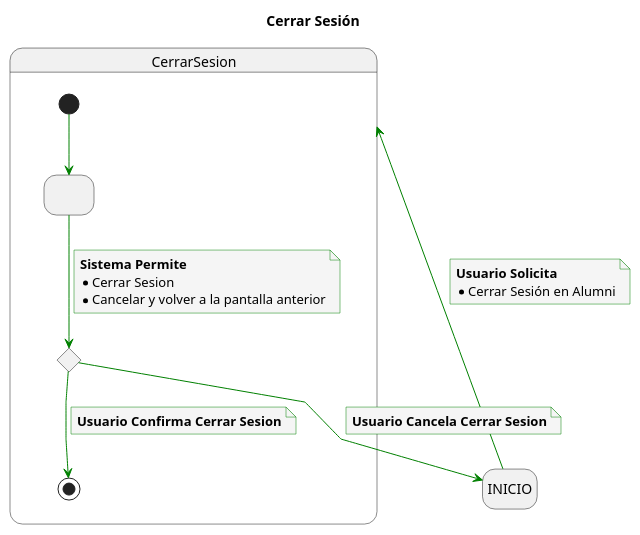
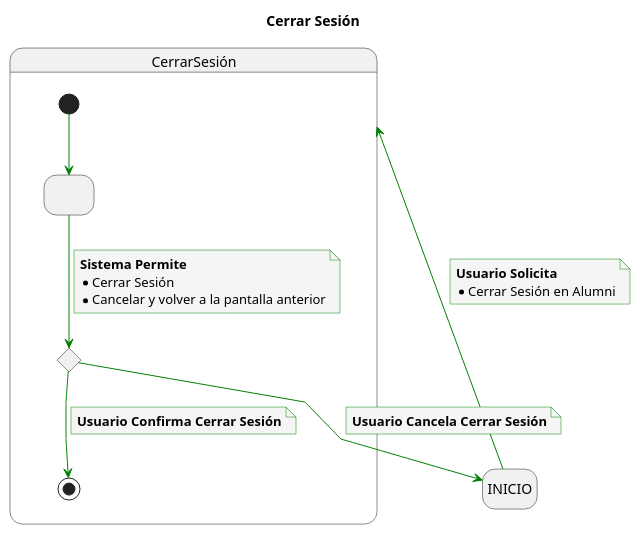
Before and after one commit to mmasias/23-24-IdSw1-SDR: the diagram in Caso_de_Uso/Casos_de_Uso/Usuarios/Cerrar_Sesion/Caso_de_Uso.puml, drawn with PlantUML. The commit also changed 7 other files, not shown here.

```diff
--- a/Caso_de_Uso/Casos_de_Uso/Usuarios/Cerrar_Sesion/Caso_de_Uso.puml
+++ b/Caso_de_Uso/Casos_de_Uso/Usuarios/Cerrar_Sesion/Caso_de_Uso.puml
@@ -1,47 +1,47 @@
 @startuml
 
 title Cerrar Sesión
 
 skinparam {
     NoteBackgroundColor #whiteSmoke
     ArrowColor #green
     NoteBorderColor #green
     linetype polyline
 }
 
 hide empty description
 
 state startState as "INICIO"
 
-startState --> CerrarSesion
+startState --> CerrarSesión
 note on link
     <b>Usuario Solicita</b>
     * Cerrar Sesión en Alumni
 end note
 
-state CerrarSesion {
+state CerrarSesión {
 state 2 as " "
 state 3 <<choice>>
 
 [*] -down-> 2
 
 2 -down-> 3
 note on link
 <b>Sistema Permite</b>
-* Cerrar Sesion
+* Cerrar Sesión
 * Cancelar y volver a la pantalla anterior
 end note
 
 3 -down-> [*]
 note on link
-<b>Usuario Confirma Cerrar Sesion</b>
+<b>Usuario Confirma Cerrar Sesión</b>
 end note
 
 3 -down-> startState
 note on link
-<b>Usuario Cancela Cerrar Sesion</b>
+<b>Usuario Cancela Cerrar Sesión</b>
 end note
 
 }
 
 @enduml
```
